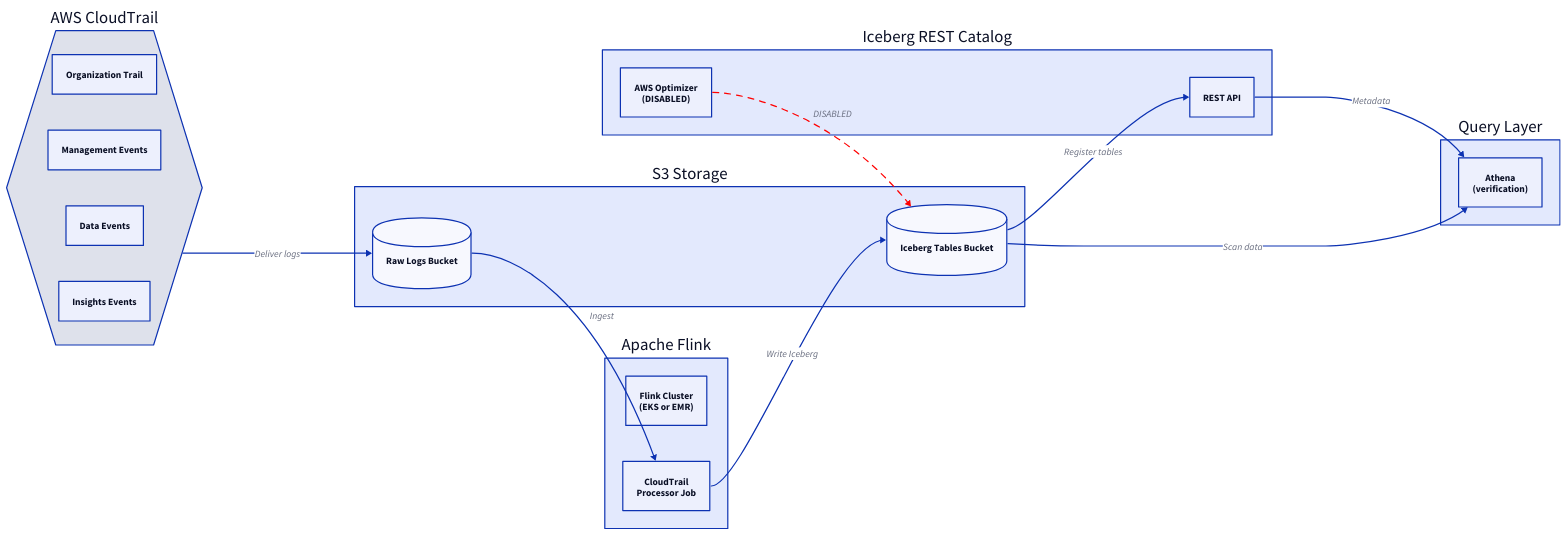
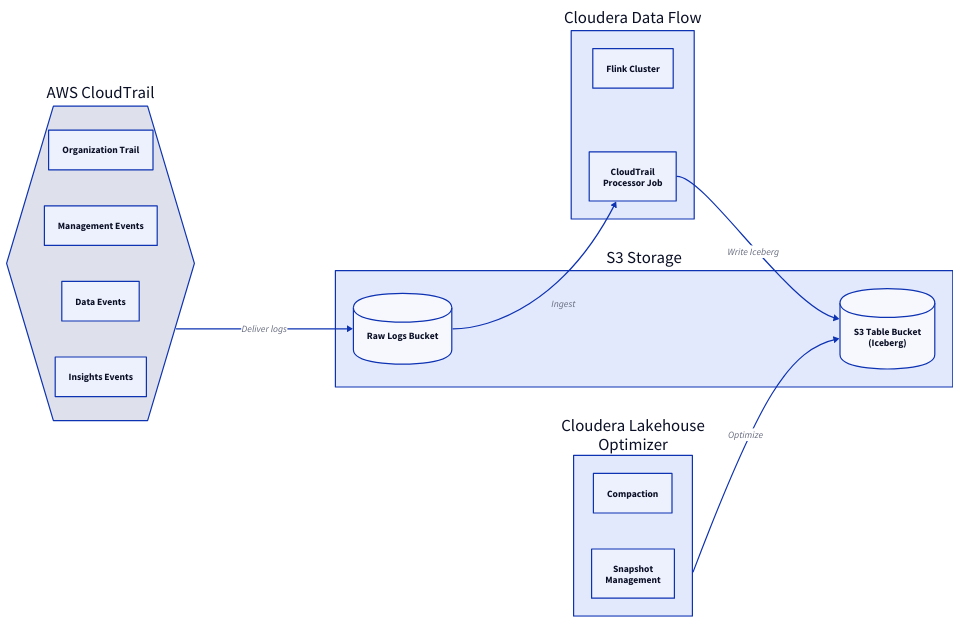
One commit to rch/cldr-cybersec changed the diagram in docs/current/src/03_aws-integration.md. Above: the diagram before and after it, drawn with D2. The commit also changed other lines of this file and 6 other files, not shown here.

First line of the commit message:
Use S3 Table Buckets with CLO for AWS Iceberg

````diff
--- a/docs/current/src/03_aws-integration.md
+++ b/docs/current/src/03_aws-integration.md
@@ -5,58 +5,45 @@
 ```d2
 direction: right
 
 CloudTrail: {
   label: "AWS CloudTrail"
   shape: hexagon
 
   org_trail: "Organization Trail"
   mgmt_events: "Management Events"
   data_events: "Data Events"
   insights: "Insights Events"
 }
 
 S3: {
   label: "S3 Storage"
 
   raw_bucket: {
     label: "Raw Logs Bucket"
     shape: cylinder
   }
-  iceberg_bucket: {
-    label: "Iceberg Tables Bucket"
+  table_bucket: {
+    label: "S3 Table Bucket\n(Iceberg)"
     shape: cylinder
   }
 }
 
-Catalog: {
-  label: "Iceberg REST Catalog"
+Flink: {
+  label: "Cloudera Data Flow"
 
-  rest_api: "REST API"
-  optimizer: "AWS Optimizer\n(DISABLED)"
-}
-
-Flink: {
-  label: "Apache Flink"
-
-  cluster: "Flink Cluster\n(EKS or EMR)"
+  cluster: "Flink Cluster"
   job: "CloudTrail\nProcessor Job"
 }
 
-Query: {
-  label: "Query Layer"
+CLO: {
+  label: "Cloudera Lakehouse\nOptimizer"
 
-  athena: "Athena\n(verification)"
+  compaction: "Compaction"
+  snapshots: "Snapshot\nManagement"
 }
 
 CloudTrail -> S3.raw_bucket: "Deliver logs"
 S3.raw_bucket -> Flink.job: "Ingest"
-Flink.job -> S3.iceberg_bucket: "Write Iceberg"
-S3.iceberg_bucket -> Catalog.rest_api: "Register tables"
-Catalog.rest_api -> Query.athena: "Metadata"
-S3.iceberg_bucket -> Query.athena: "Scan data"
-
-Catalog.optimizer -> S3.iceberg_bucket: "DISABLED" {
-  style.stroke: "#ff0000"
-  style.stroke-dash: 5
-}
+Flink.job -> S3.table_bucket: "Write Iceberg"
+CLO -> S3.table_bucket: "Optimize"
 ```
````
